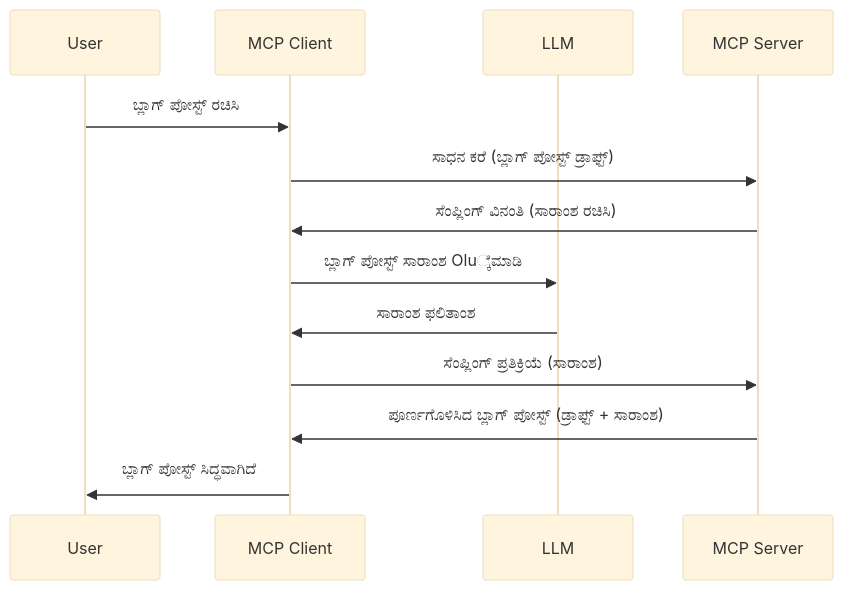
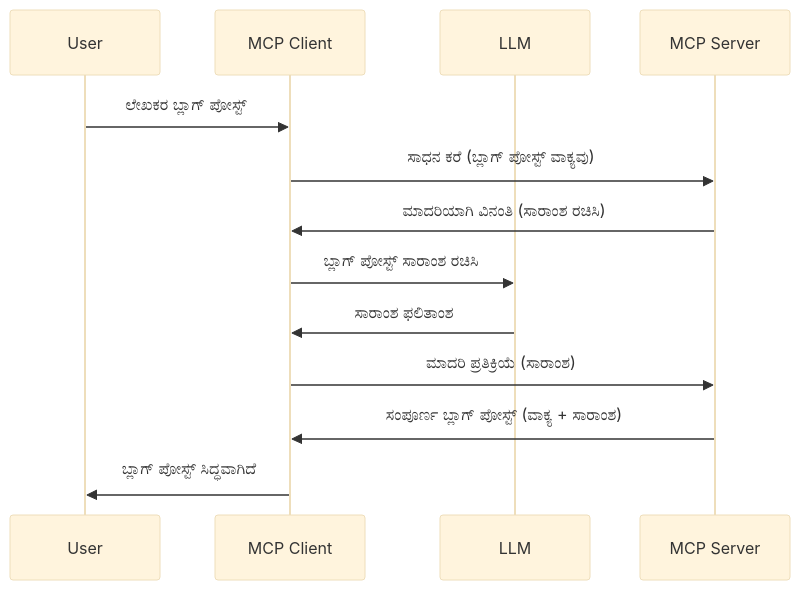
Before and after one commit to HIDORAKAI002/ai-workspace-archive: the diagram in mcp_ecosystem__model_context_protocol/mcp_learning_resources/mcp-for-beginners/translations/kn/03-GettingStarted/14-sampling/README.md, drawn with Mermaid (base theme). The commit also changed other lines of this file and 1046 other files, not shown here.

````diff
--- a/mcp_ecosystem__model_context_protocol/mcp_learning_resources/mcp-for-beginners/translations/kn/03-GettingStarted/14-sampling/README.md
+++ b/mcp_ecosystem__model_context_protocol/mcp_learning_resources/mcp-for-beginners/translations/kn/03-GettingStarted/14-sampling/README.md
@@ -23,16 +25,16 @@
 ```mermaid
 sequenceDiagram
     participant User
     participant MCP Client
     participant LLM
     participant MCP Server
 
-    User->>MCP Client: ಬ್ಲಾಗ್ ಪೋಸ್ಟ್ ರಚಿಸಿ
-    MCP Client->>MCP Server: ಸಾಧನ ಕರೆ (ಬ್ಲಾಗ್ ಪೋಸ್ಟ್ ಡ್ರಾಫ್ಟ್)
-    MCP Server->>MCP Client: ಸೆಂಪ್ಲಿಂಗ್ ವಿನಂತಿ (ಸಾರಾಂಶ ರಚಿಸಿ)
-    MCP Client->>LLM: ಬ್ಲಾಗ್ ಪೋಸ್ಟ್ ಸಾರಾಂಶ Olu್ಕೆಮಾಡಿ
+    User->>MCP Client: ಲೇಖಕರ ಬ್ಲಾಗ್ ಪೋಸ್ಟ್
+    MCP Client->>MCP Server: ಸಾಧನ ಕರೆ (ಬ್ಲಾಗ್ ಪೋಸ್ಟ್ ವಾಕ್ಯವು)
+    MCP Server->>MCP Client: ಮಾದರಿಯಾಗಿ ವಿನಂತಿ (ಸಾರಾಂಶ ರಚಿಸಿ)
+    MCP Client->>LLM: ಬ್ಲಾಗ್ ಪೋಸ್ಟ್ ಸಾರಾಂಶ ರಚಿಸಿ
     LLM->>MCP Client: ಸಾರಾಂಶ ಫಲಿತಾಂಶ
-    MCP Client->>MCP Server: ಸೆಂಪ್ಲಿಂಗ್ ಪ್ರತಿಕ್ರಿಯೆ (ಸಾರಾಂಶ)
-    MCP Server->>MCP Client: ಪೂರ್ಣಗೊಳಿಸಿದ ಬ್ಲಾಗ್ ಪೋಸ್ಟ್ (ಡ್ರಾಫ್ಟ್ + ಸಾರಾಂಶ)
+    MCP Client->>MCP Server: ಮಾದರಿ ಪ್ರತಿಕ್ರಿಯೆ (ಸಾರಾಂಶ)
+    MCP Server->>MCP Client: ಸಂಪೂರ್ಣ ಬ್ಲಾಗ್ ಪೋಸ್ಟ್ (ವಾಕ್ಯ + ಸಾರಾಂಶ)
     MCP Client->>User: ಬ್ಲಾಗ್ ಪೋಸ್ಟ್ ಸಿದ್ಧವಾಗಿದೆ
 ```
````
